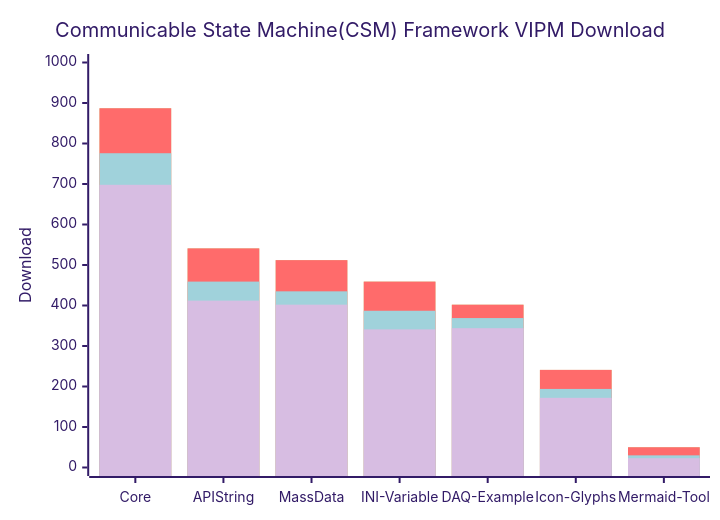
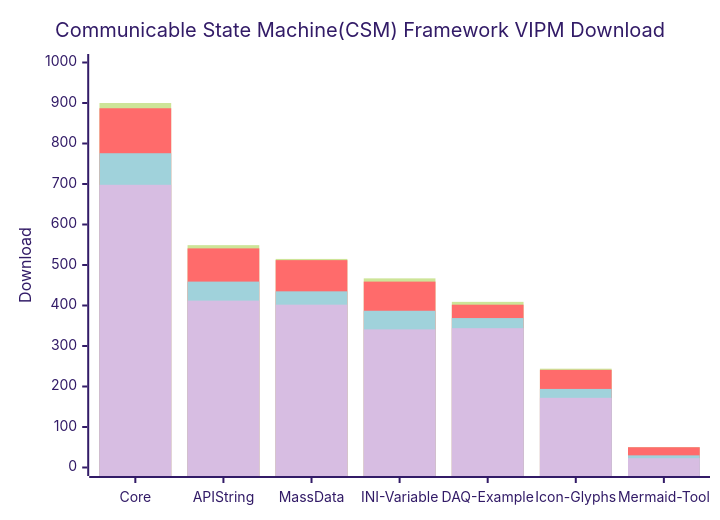
Before and after one commit to NEVSTOP-LAB/.github: the diagram in profile/README.md, drawn with Mermaid (forest theme).

````diff
--- a/profile/README.md
+++ b/profile/README.md
@@ -27,10 +27,10 @@
 ```mermaid
     xychart-beta
     title "Communicable State Machine(CSM) Framework VIPM Download"
     x-axis [Core, API String, MassData, INI-Variable, DAQ-Example, Icon-Glyphs, Mermaid-Tool]
     y-axis "Download" 0 --> 1000
-    bar   [887, 541, 512, 459, 402, 241, 50]
+    bar   [900, 549, 515, 467, 409, 244, 50]
     bar   [887, 541, 512, 459, 402, 241, 50]
     bar   [776, 459, 435, 387, 369, 194, 30]
     bar   [698, 412, 402, 341, 344, 172, 23]
 ```
````
